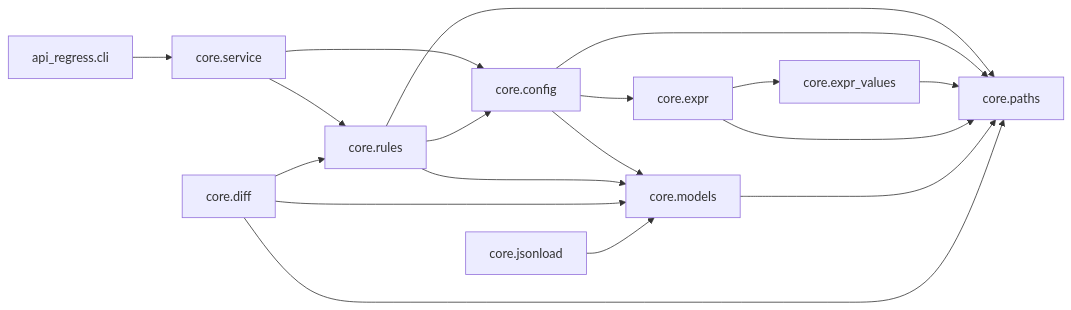
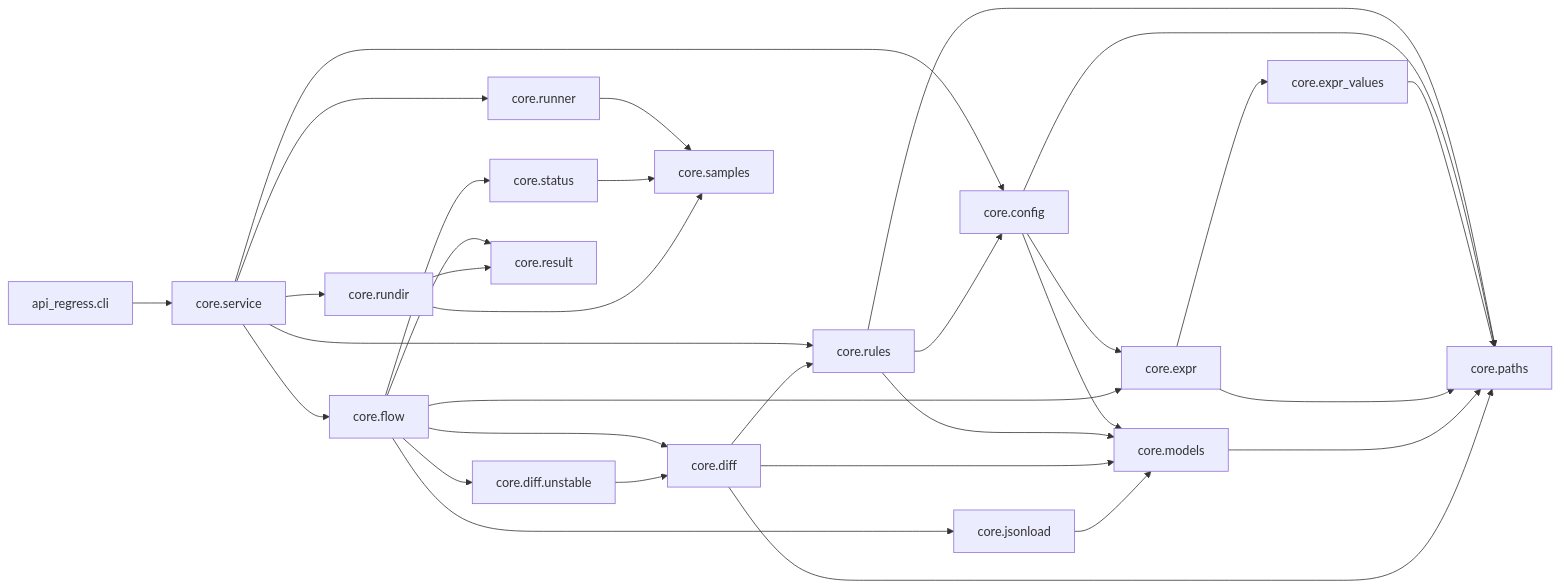
The first of 4 diagrams in doc/dev/architecture.md (caiuswang/api-regress), drawn with Mermaid before and after one commit. The commit also changed other lines of this file and 32 other files, not shown here.

````diff
--- a/doc/dev/architecture.md
+++ b/doc/dev/architecture.md
@@ -8,20 +8,34 @@
 ```mermaid
 flowchart LR
   CLI[api_regress.cli] --> SVC[core.service]
   SVC --> CFG[core.config]
   SVC --> RULES[core.rules]
   RULES --> CFG
   RULES --> PATHS[core.paths]
   CFG --> PATHS
   CFG --> EXPR[core.expr]
   EXPR --> EXPRV[core.expr_values]
   EXPRV --> PATHS
   EXPR --> PATHS
   CFG --> MODELS[core.models]
   RULES --> MODELS
   MODELS --> PATHS
   DIFF[core.diff] --> RULES
   DIFF --> MODELS
   DIFF --> PATHS
   JSONLOAD[core.jsonload] --> MODELS
+  SVC --> RUNNER[core.runner]
+  SVC --> FLOW[core.flow]
+  SVC --> RUNDIR[core.rundir]
+  FLOW --> STATUS[core.status]
+  FLOW --> DIFF
+  FLOW --> UNSTABLE[core.diff.unstable]
+  FLOW --> JSONLOAD
+  FLOW --> EXPR
+  FLOW --> RESULT[core.result]
+  UNSTABLE --> DIFF
+  RUNNER --> SAMPLES[core.samples]
+  STATUS --> SAMPLES
+  RUNDIR --> SAMPLES
+  RUNDIR --> RESULT
 ```
````
